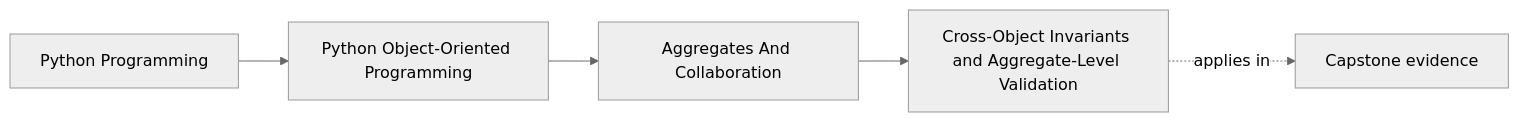
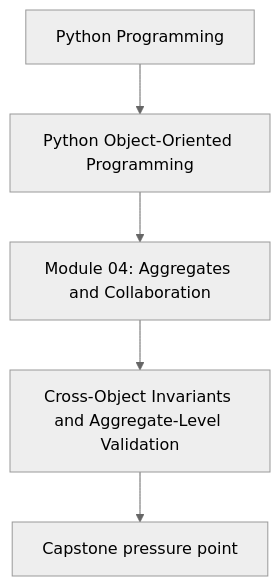
One commit to bijux/bijux-masterclass changed the first of 2 diagrams in programs/python-programming/python-object-oriented-programming/course-book/module-04-aggregates-and-collaboration/cross-object-invariants.md. Above: the diagram before and after it, drawn with Mermaid (neutral theme). The commit also changed other lines of this file and 107 other files, not shown here.

Commit message:
docs(python-object-oriented-programming): align concept page diagrams

````diff
--- a/programs/python-programming/python-object-oriented-programming/course-book/module-04-aggregates-and-collaboration/cross-object-invariants.md
+++ b/programs/python-programming/python-object-oriented-programming/course-book/module-04-aggregates-and-collaboration/cross-object-invariants.md
@@ -7,11 +7,7 @@
 ```mermaid
-graph LR
-  family["Python Programming"]
-  program["Python Object-Oriented Programming"]
-  section["Aggregates And Collaboration"]
-  page["Cross-Object Invariants and Aggregate-Level Validation"]
-  capstone["Capstone evidence"]
-
-  family --> program --> section --> page
-  page -.applies in.-> capstone
+flowchart TD
+  family["Python Programming"] --> program["Python Object-Oriented Programming"]
+  program --> module["Module 04: Aggregates and Collaboration"]
+  module --> concept["Cross-Object Invariants and Aggregate-Level Validation"]
+  concept --> capstone["Capstone pressure point"]
 ```
````
